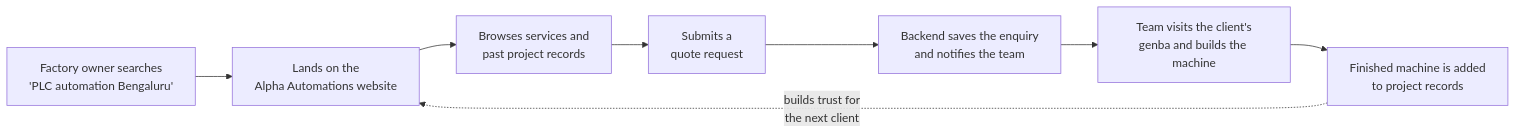
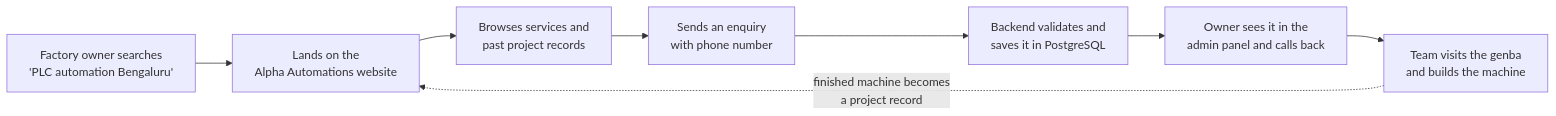
One commit to alpha-genba/alpha-genba changed the third of 5 diagrams in README.md. Above: the diagram before and after it, drawn with Mermaid. The commit also changed other lines of this file, not shown here.

````diff
--- a/README.md
+++ b/README.md
@@ -113,10 +183,10 @@
 ```mermaid
 flowchart LR
     A["Factory owner searches<br/>'PLC automation Bengaluru'"] --> B["Lands on the<br/>Alpha Automations website"]
     B --> C["Browses services and<br/>past project records"]
-    C --> D["Submits a<br/>quote request"]
-    D --> E["Backend saves the enquiry<br/>and notifies the team"]
-    E --> F["Team visits the client's<br/>genba and builds the machine"]
-    F --> G["Finished machine is added<br/>to project records"]
-    G -. "builds trust for<br/>the next client" .-> B
+    C --> D["Sends an enquiry<br/>with phone number"]
+    D --> E["Backend validates and<br/>saves it in PostgreSQL"]
+    E --> F["Owner sees it in the<br/>admin panel and calls back"]
+    F --> G["Team visits the genba<br/>and builds the machine"]
+    G -. "finished machine becomes<br/>a project record" .-> B
 ```
````
